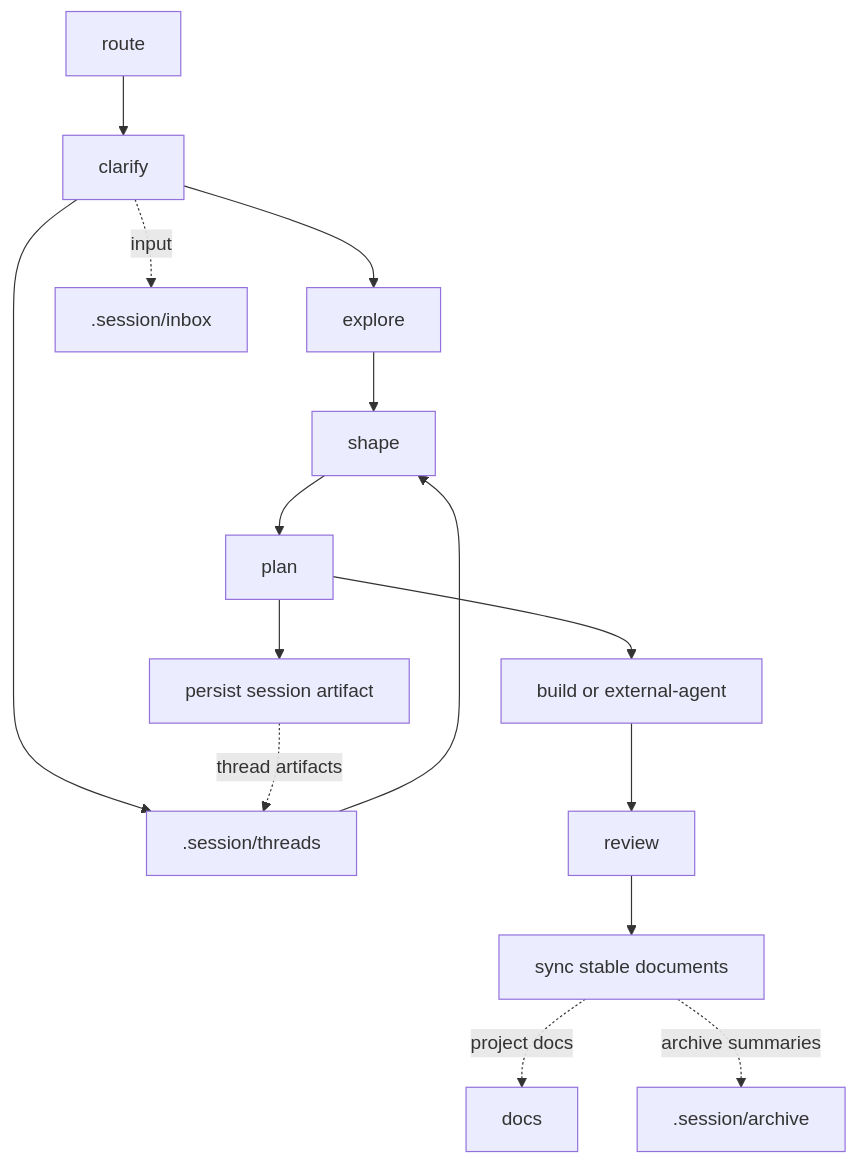
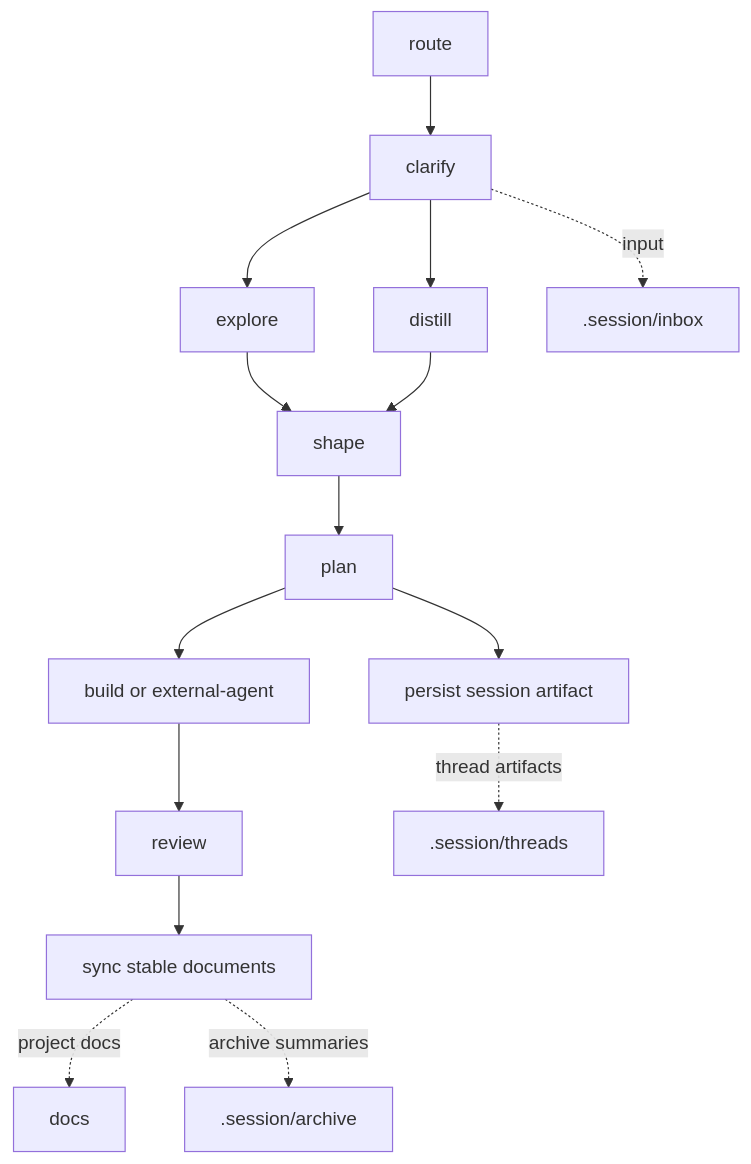
One commit to FlutteryEmbers/workflow changed the diagram in .workflow/README.md. Above: the diagram before and after it, drawn with Mermaid. The commit also changed other lines of this file and 16 other files, not shown here.

````diff
--- a/.workflow/README.md
+++ b/.workflow/README.md
@@ -7,18 +7,18 @@
 ```mermaid
 graph TD
     R["route"] --> C["clarify"]
     C --> E["explore"]
     C --> D["distill"]
     E --> S["shape"]
     D --> S
     S --> P["plan"]
     P --> W["persist session artifact"]
     P --> B["build or external-agent"]
     B --> V["review"]
     V --> Y["sync stable documents"]
 
     C -. "input" .-> N[".session/inbox"]
-    W -. "thread artifacts" .-> D[".session/threads"]
+    W -. "thread artifacts" .-> T[".session/threads"]
     Y -. "project docs" .-> F["docs"]
     Y -. "archive summaries" .-> A[".session/archive"]
 ```
````
